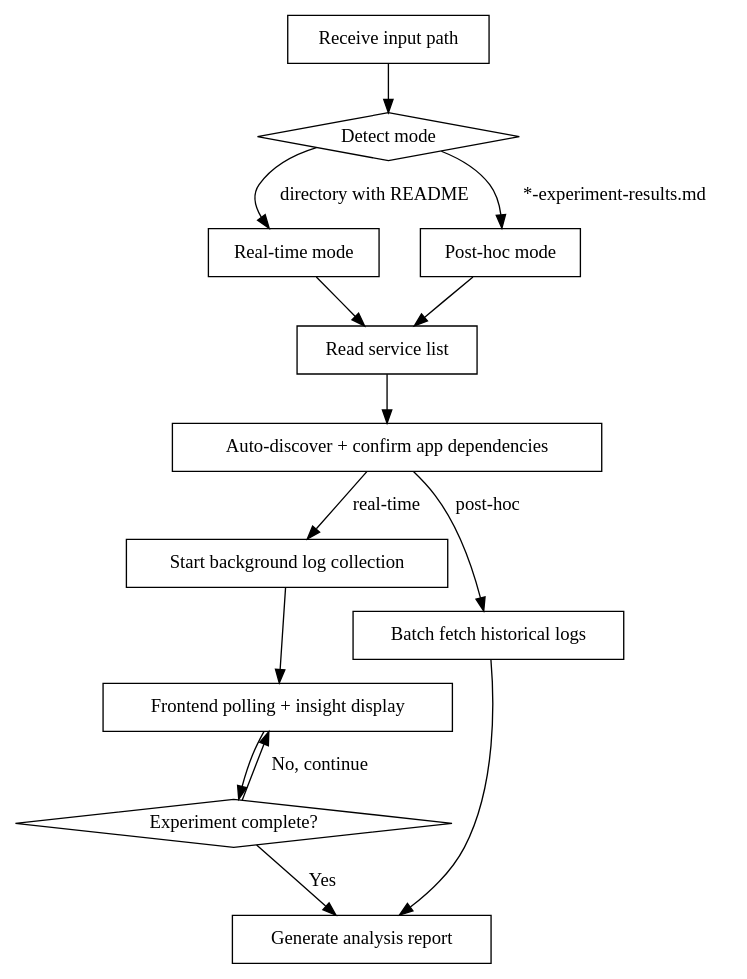
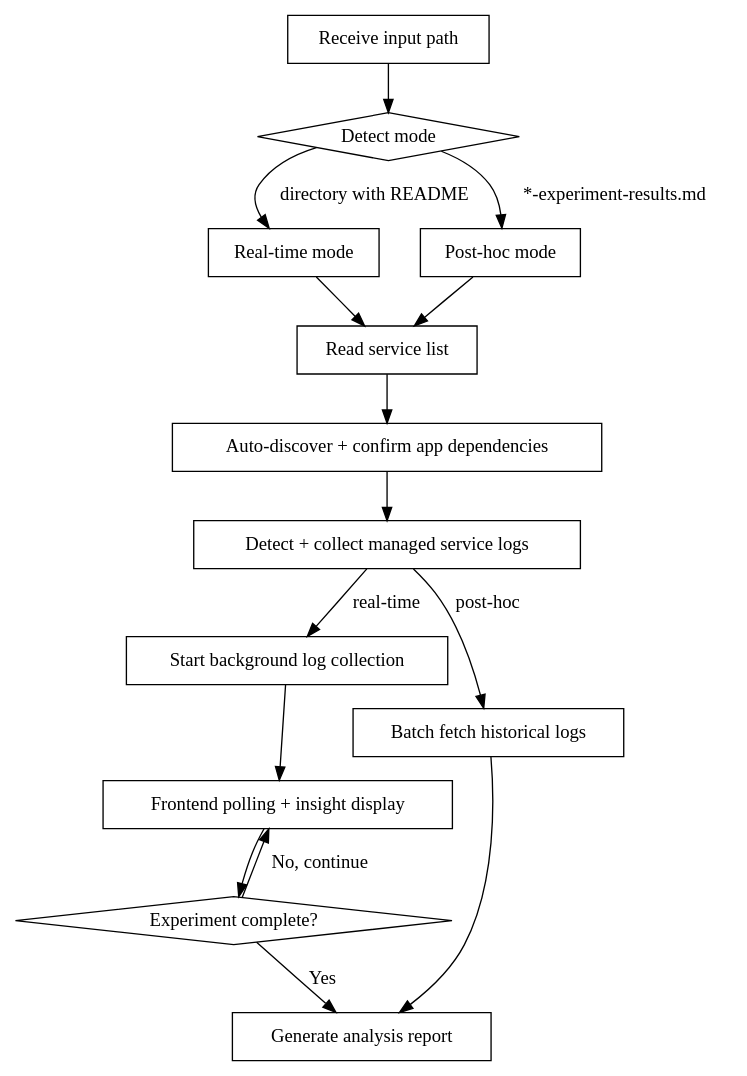
The diagram in eks-app-log-analysis/SKILL.md (panlm/skills), drawn with Graphviz before and after one commit. The commit also changed other lines of this file and 3 other files, not shown here.

Commit message:
feat(app-log-analysis): add managed service log collection (EKS/RDS/ElastiCache/MSK/OpenSearch)

````diff
--- a/eks-app-log-analysis/SKILL.md
+++ b/eks-app-log-analysis/SKILL.md
@@ -32,29 +32,31 @@
 ```dot
 digraph log_analysis_flow {
     "Receive input path" [shape=box];
     "Detect mode" [shape=diamond];
     "Real-time mode" [shape=box];
     "Post-hoc mode" [shape=box];
     "Read service list" [shape=box];
     "Auto-discover + confirm app dependencies" [shape=box];
+    "Detect + collect managed service logs" [shape=box];
     "Start background log collection" [shape=box];
     "Batch fetch historical logs" [shape=box];
     "Frontend polling + insight display" [shape=box];
     "Experiment complete?" [shape=diamond];
     "Generate analysis report" [shape=box];
 
     "Receive input path" -> "Detect mode";
     "Detect mode" -> "Real-time mode" [label="directory with README"];
     "Detect mode" -> "Post-hoc mode" [label="*-experiment-results.md"];
     "Real-time mode" -> "Read service list";
     "Post-hoc mode" -> "Read service list";
     "Read service list" -> "Auto-discover + confirm app dependencies";
-    "Auto-discover + confirm app dependencies" -> "Start background log collection" [label="real-time"];
-    "Auto-discover + confirm app dependencies" -> "Batch fetch historical logs" [label="post-hoc"];
+    "Auto-discover + confirm app dependencies" -> "Detect + collect managed service logs";
+    "Detect + collect managed service logs" -> "Start background log collection" [label="real-time"];
+    "Detect + collect managed service logs" -> "Batch fetch historical logs" [label="post-hoc"];
     "Start background log collection" -> "Frontend polling + insight display";
     "Frontend polling + insight display" -> "Experiment complete?";
     "Experiment complete?" -> "Frontend polling + insight display" [label="No, continue"];
     "Experiment complete?" -> "Generate analysis report" [label="Yes"];
     "Batch fetch historical logs" -> "Generate analysis report";
 }
 ```
````
